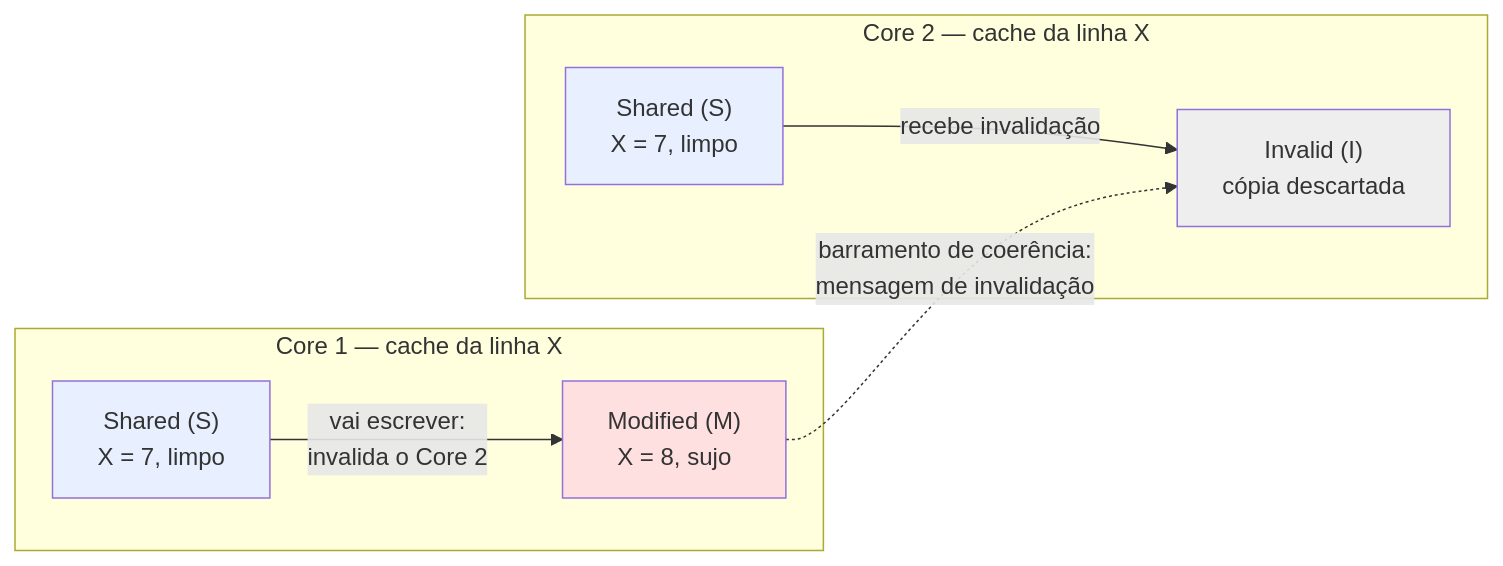
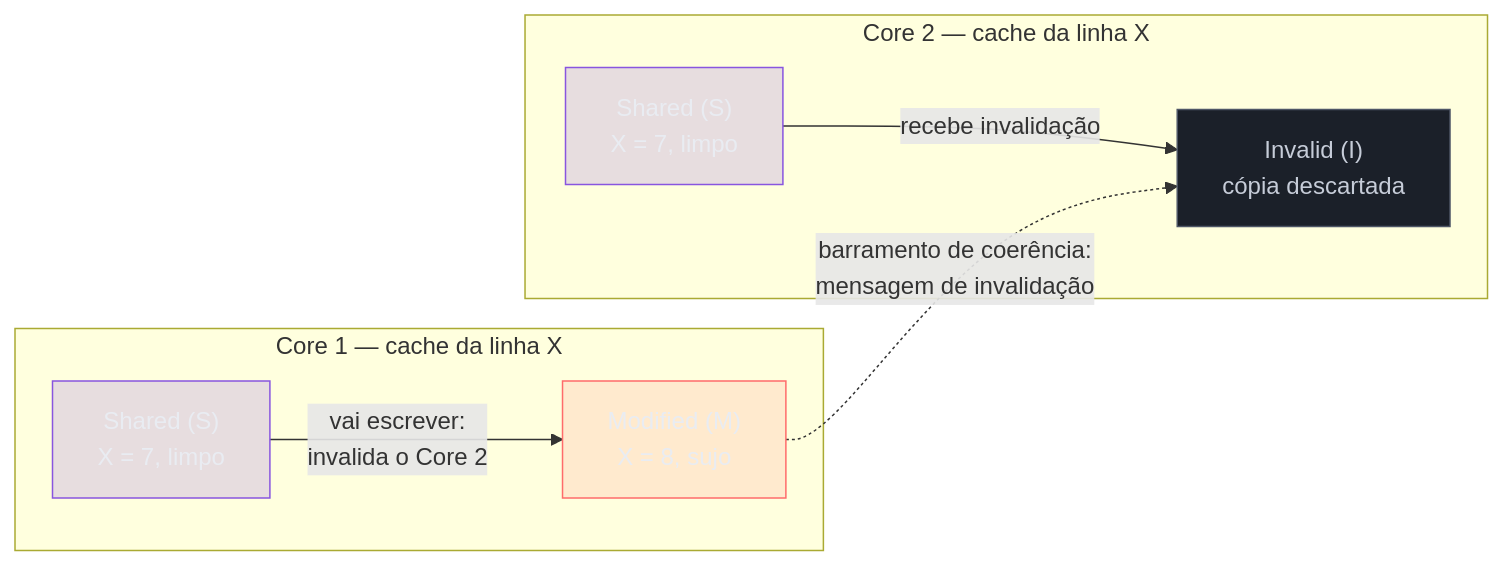
The sixth of 8 diagrams in 03-Dominios/Ciência/Concorrência e Paralelismo/04 - Atomicidade, visibilidade e ordenação.md (josenaldo/codex-technomanticus), drawn with Mermaid before and after one commit. The commit also changed other lines of this file and 1181 other files, not shown here.

First line of the commit message:
fix(diagramas): paleta do sistema no lugar de cor cravada no markdown

````diff
--- a/03-Dominios/Ciência/Concorrência e Paralelismo/04 - Atomicidade, visibilidade e ordenação.md
+++ b/03-Dominios/Ciência/Concorrência e Paralelismo/04 - Atomicidade, visibilidade e ordenação.md
@@ -205,18 +215,21 @@
 ```mermaid
 flowchart LR
+    classDef falha fill:#FF6B6B24,stroke:#FF6B6B,color:#E9ECF2
+    classDef neutro fill:#1B2029,stroke:#4E5666,color:#C6CCD8
+    classDef marca fill:#8855DF33,stroke:#8855DF,color:#E9ECF2
     subgraph C1["Core 1 — cache da linha X"]
         S1["Shared (S)<br/>X = 7, limpo"]
         M1["Modified (M)<br/>X = 8, sujo"]
         S1 -->|"vai escrever:<br/>invalida o Core 2"| M1
     end
     subgraph C2["Core 2 — cache da linha X"]
         S2["Shared (S)<br/>X = 7, limpo"]
         I2["Invalid (I)<br/>cópia descartada"]
         S2 -->|"recebe invalidação"| I2
     end
     M1 -. "barramento de coerência:<br/>mensagem de invalidação" .-> I2
-    style M1 fill:#ffe0e0
-    style I2 fill:#eeeeee
-    style S1 fill:#e8f0ff
-    style S2 fill:#e8f0ff
+    class M1 falha
+    class I2 neutro
+    class S1 marca
+    class S2 marca
 ```
````
